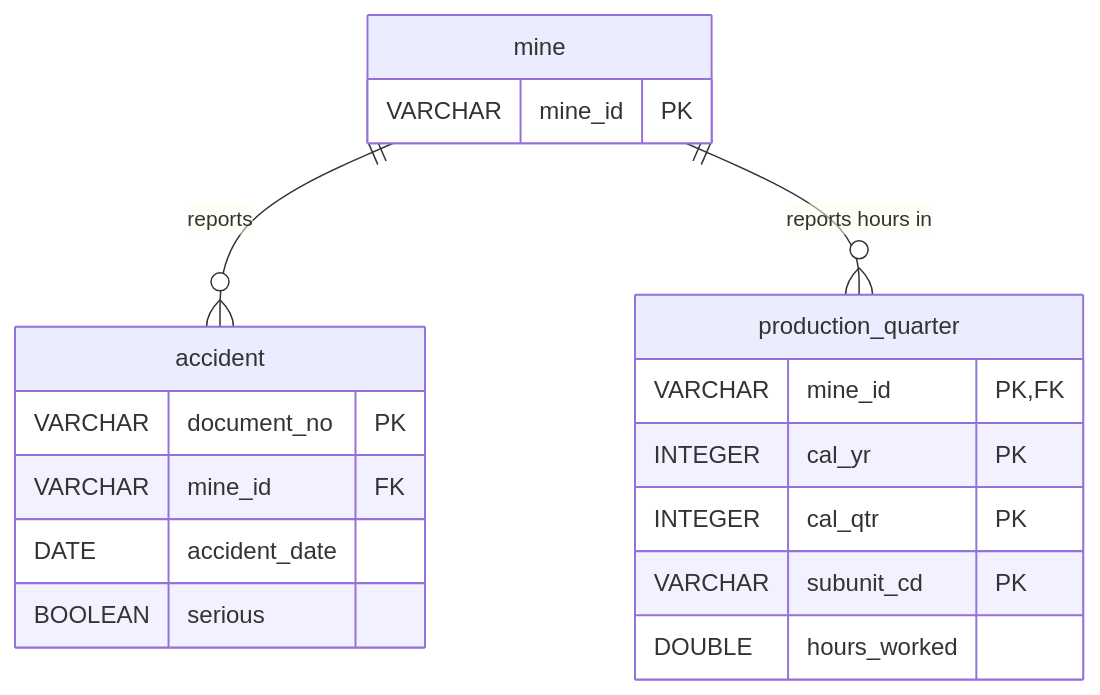
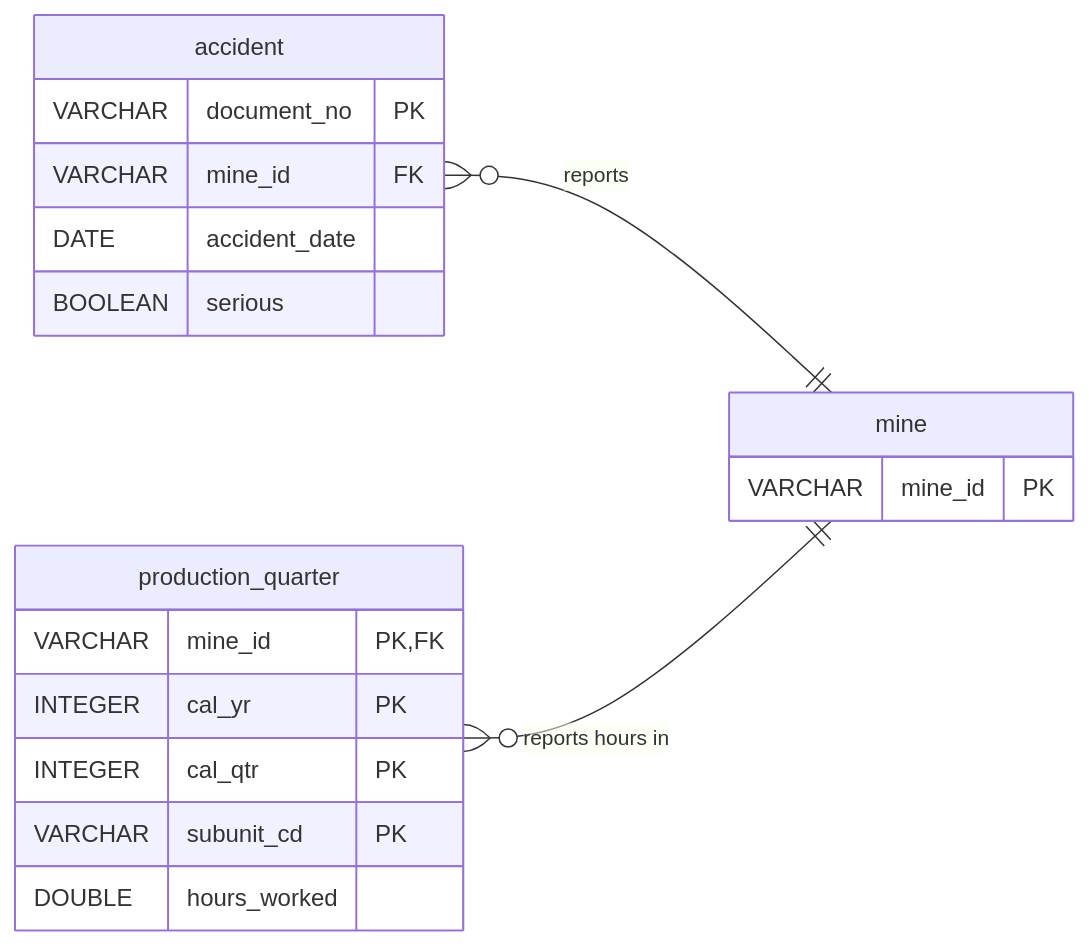
Before and after one commit to USERZEROA/safestart-data-pipeline: the third of 4 diagrams in README.md, drawn with Mermaid. The commit also changed other lines of this file and 2 other files, not shown here.

Commit message:
Keep the ER diagrams clear of GitHub's buttons and turn wide appendix tables into lists

````diff
--- a/README.md
+++ b/README.md
@@ -295,21 +295,22 @@
 ```mermaid
 erDiagram
+    direction RL
     mine ||--o{ accident : "reports"
     mine ||--o{ production_quarter : "reports hours in"
     mine {
         VARCHAR mine_id PK
     }
     accident {
         VARCHAR document_no PK
         VARCHAR mine_id FK
         DATE accident_date
         BOOLEAN serious
     }
     production_quarter {
         VARCHAR mine_id PK, FK
         INTEGER cal_yr PK
         INTEGER cal_qtr PK
         VARCHAR subunit_cd PK
         DOUBLE hours_worked
     }
 ```
````
